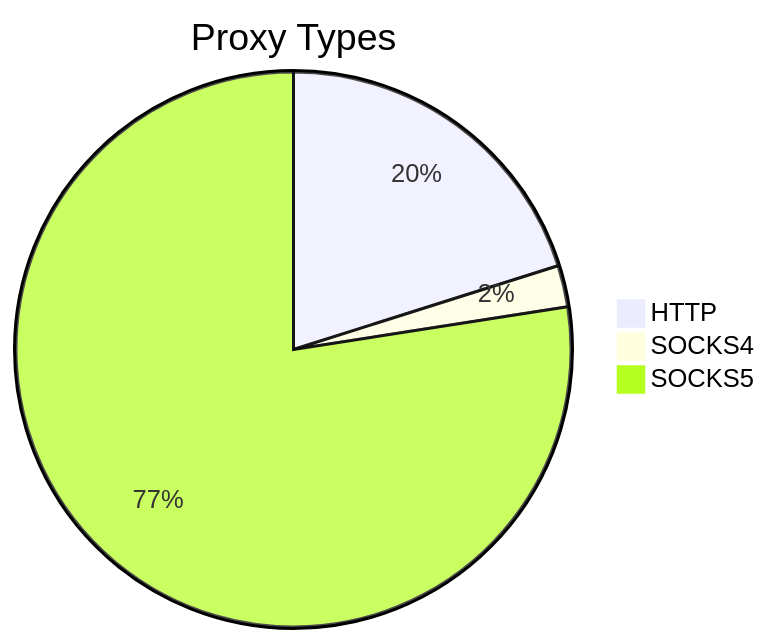
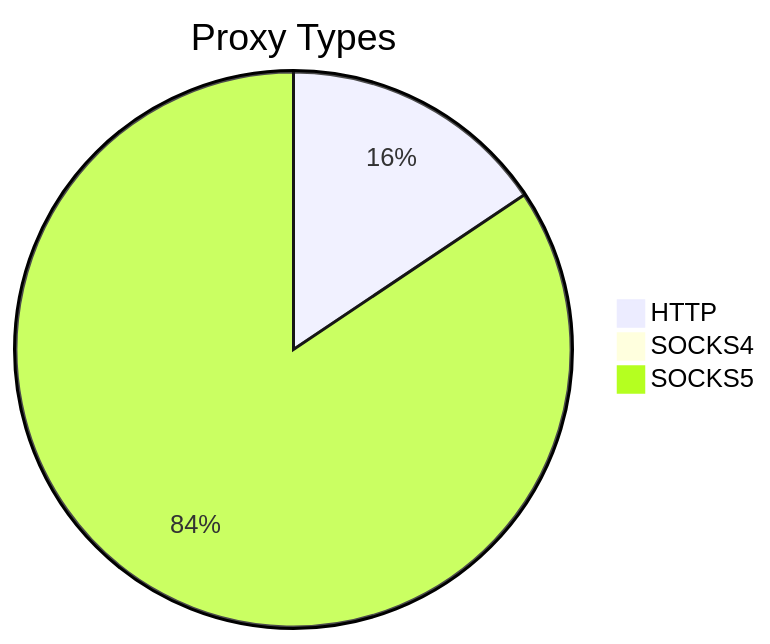
The first of 2 diagrams in README.md (stormsia/proxy-list), drawn with Mermaid before and after one commit. The commit also changed other lines of this file, not shown here.

````diff
--- a/README.md
+++ b/README.md
@@ -21,6 +21,6 @@
 ```mermaid
 pie title Proxy Types
-    "HTTP" : 133
-    "SOCKS4" : 16
-    "SOCKS5" : 512
+    "HTTP" : 127
+    "SOCKS4" : 5
+    "SOCKS5" : 687
 ```
````
